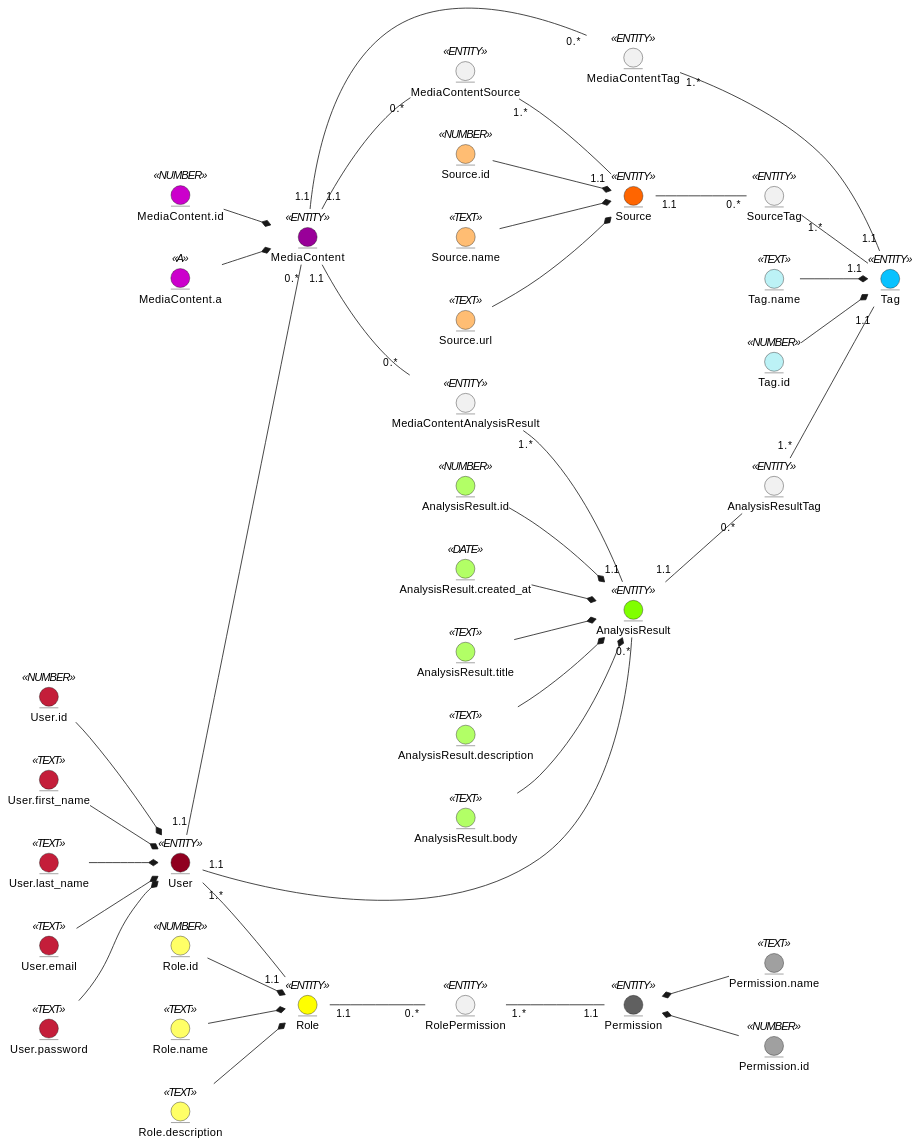
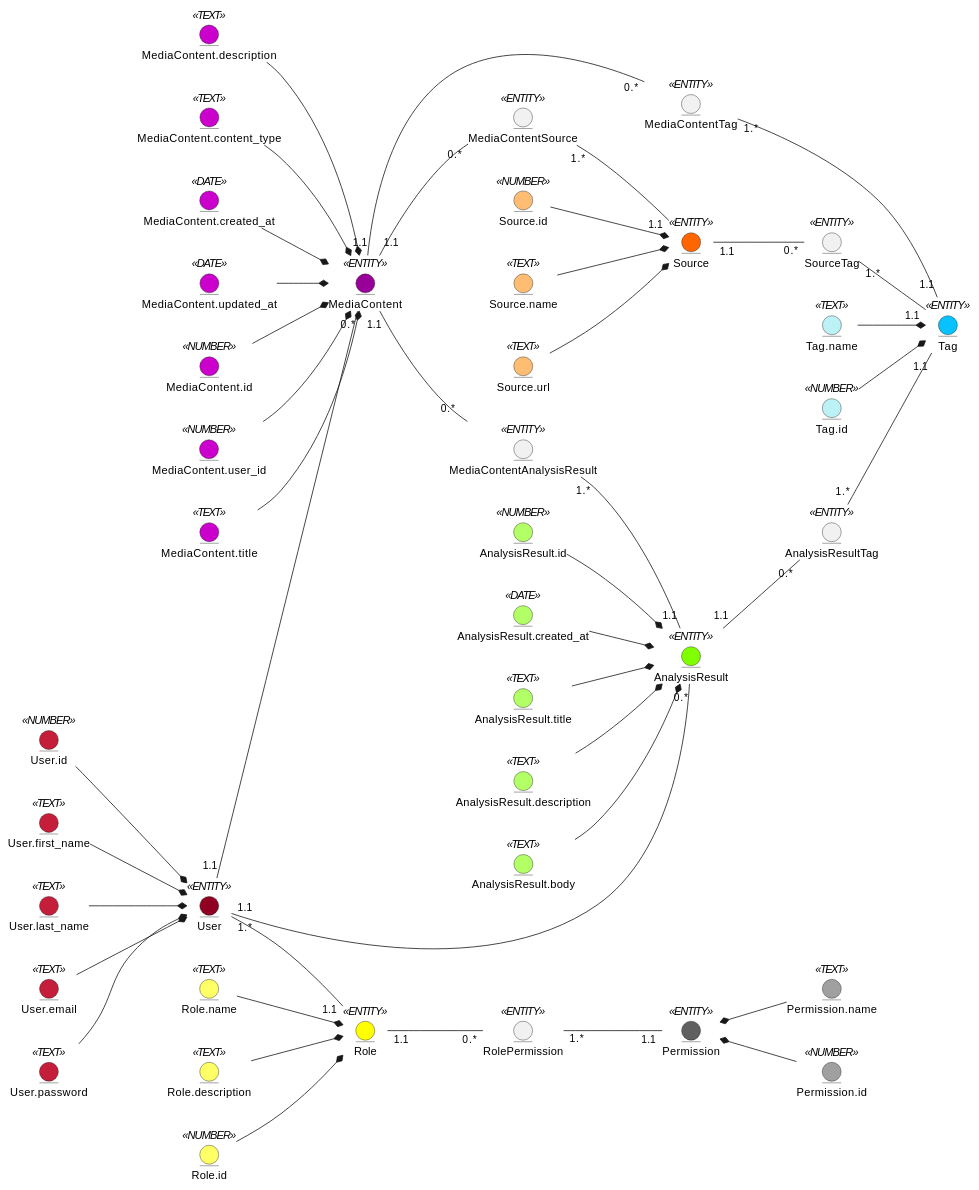
Before and after one commit to semenyaka08/media-content-api: the diagram in docs/design/README.md, drawn with PlantUML.

Commit message:
Add UML Diagram for MediaContent entity

```diff
--- a/docs/design/README.md
+++ b/docs/design/README.md
@@ -23,11 +23,20 @@
 
 entity MediaContent <<ENTITY>> #990099
 entity MediaContent.id <<NUMBER>> #CC00CC
-entity MediaContent.a <<A>> #CC00CC
+entity MediaContent.user_id <<NUMBER>> #CC00CC
+entity MediaContent.title <<TEXT>> #CC00CC
+entity MediaContent.description <<TEXT>> #CC00CC
+entity MediaContent.content_type <<TEXT>> #CC00CC
+entity MediaContent.created_at <<DATE>> #CC00CC
+entity MediaContent.updated_at <<DATE>> #CC00CC
 
 MediaContent.id --* MediaContent
-MediaContent.a --* MediaContent
-
+MediaContent.user_id --* MediaContent
+MediaContent.title --* MediaContent
+MediaContent.description --* MediaContent
+MediaContent.content_type --* MediaContent
+MediaContent.created_at --* MediaContent
+MediaContent.updated_at --* MediaContent
 
 entity Role <<ENTITY>> #FFFF00
 entity Role.id <<NUMBER>> #FFFF66
```
